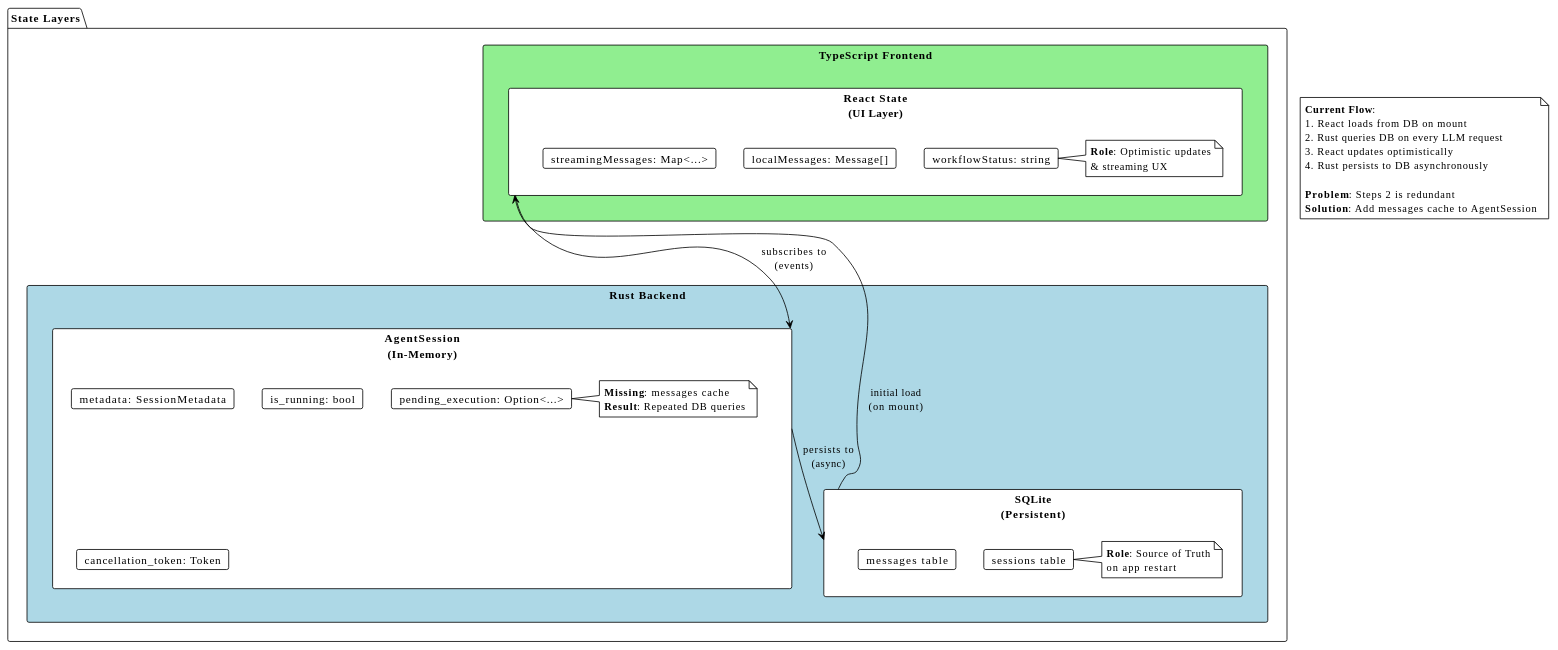
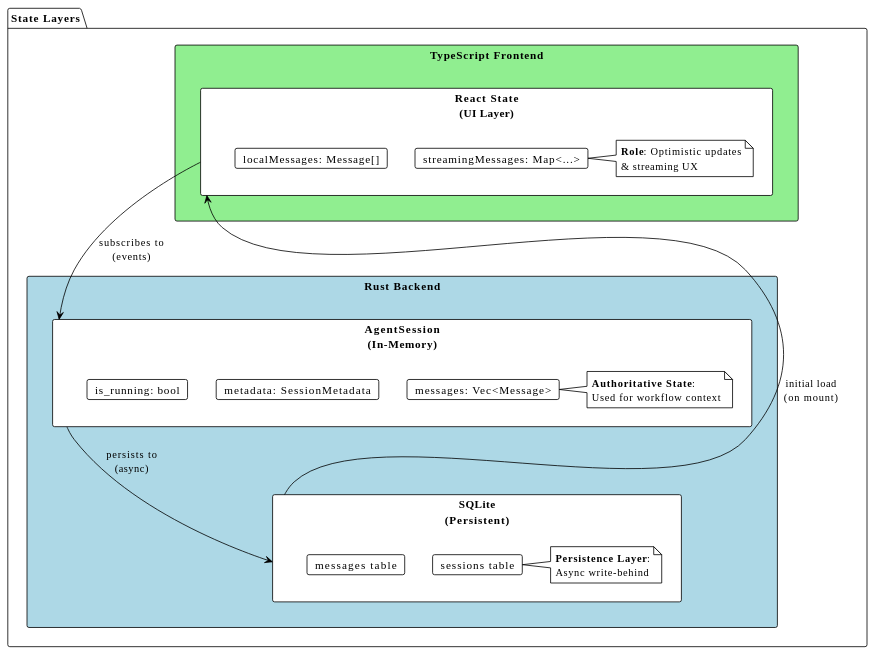
Before and after one commit to fritzprix/libr-agent: the third of 4 diagrams in docs/architecture/agent-workflow-architecture.md, drawn with PlantUML. The commit also changed other lines of this file and 12 other files, not shown here.

Commit message:
docs: add browser error handling and agent workflow architecture documentation.

````diff
--- a/docs/architecture/agent-workflow-architecture.md
+++ b/docs/architecture/agent-workflow-architecture.md
@@ -252,57 +219,44 @@
 ```plantuml
 @startuml
 !theme plain
 
 package "State Layers" {
   rectangle "**Rust Backend**" as Rust #lightblue {
     rectangle "AgentSession\n(In-Memory)" as Session {
       card "metadata: SessionMetadata"
       card "is_running: bool"
-      card "cancellation_token: Token"
-      card "pending_execution: Option<...>"
+      card "messages: Vec<Message>"
       note right
-        **Missing**: messages cache
-        **Result**: Repeated DB queries
+        **Authoritative State**:
+        Used for workflow context
       end note
     }
 
     rectangle "SQLite\n(Persistent)" as DB {
       card "messages table"
       card "sessions table"
       note right
-        **Role**: Source of Truth
-        on app restart
+        **Persistence Layer**:
+        Async write-behind
       end note
     }
   }
 
   rectangle "**TypeScript Frontend**" as TS #lightgreen {
     rectangle "React State\n(UI Layer)" as React {
       card "localMessages: Message[]"
       card "streamingMessages: Map<...>"
-      card "workflowStatus: string"
       note right
         **Role**: Optimistic updates
         & streaming UX
       end note
     }
   }
 }
 
 Session -down-> DB : persists to\n(async)
 React -down-> Session : subscribes to\n(events)
 DB -up-> React : initial load\n(on mount)
 
-note as N1
-  **Current Flow**:
-  1. React loads from DB on mount
-  2. Rust queries DB on every LLM request
-  3. React updates optimistically
-  4. Rust persists to DB asynchronously
-
-  **Problem**: Steps 2 is redundant
-  **Solution**: Add messages cache to AgentSession
-end note
-
 @enduml
 ```
````
